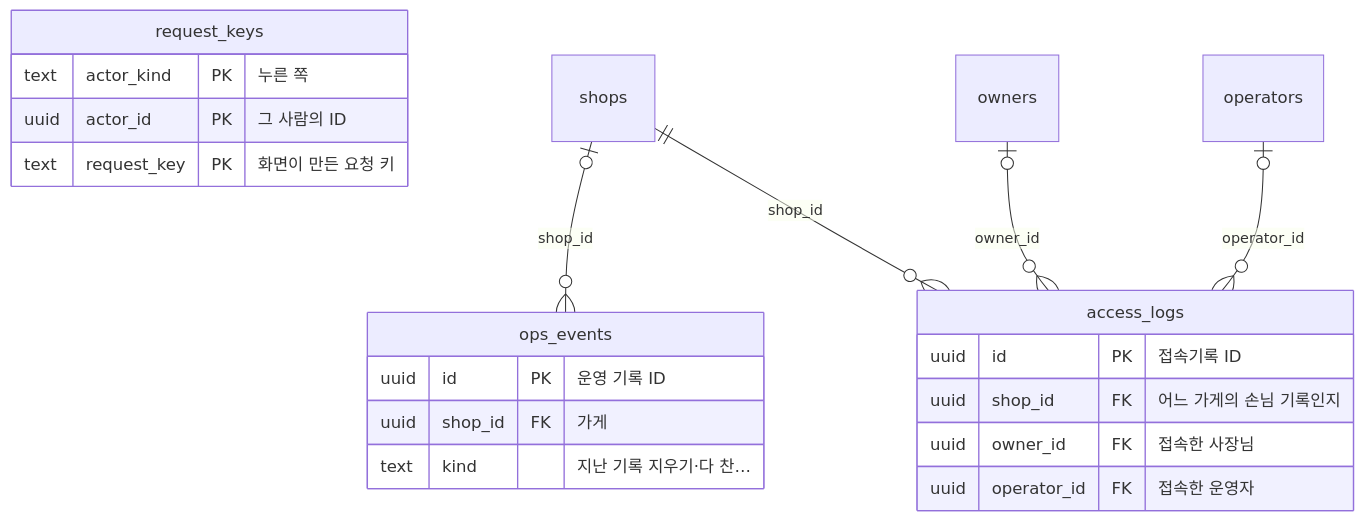
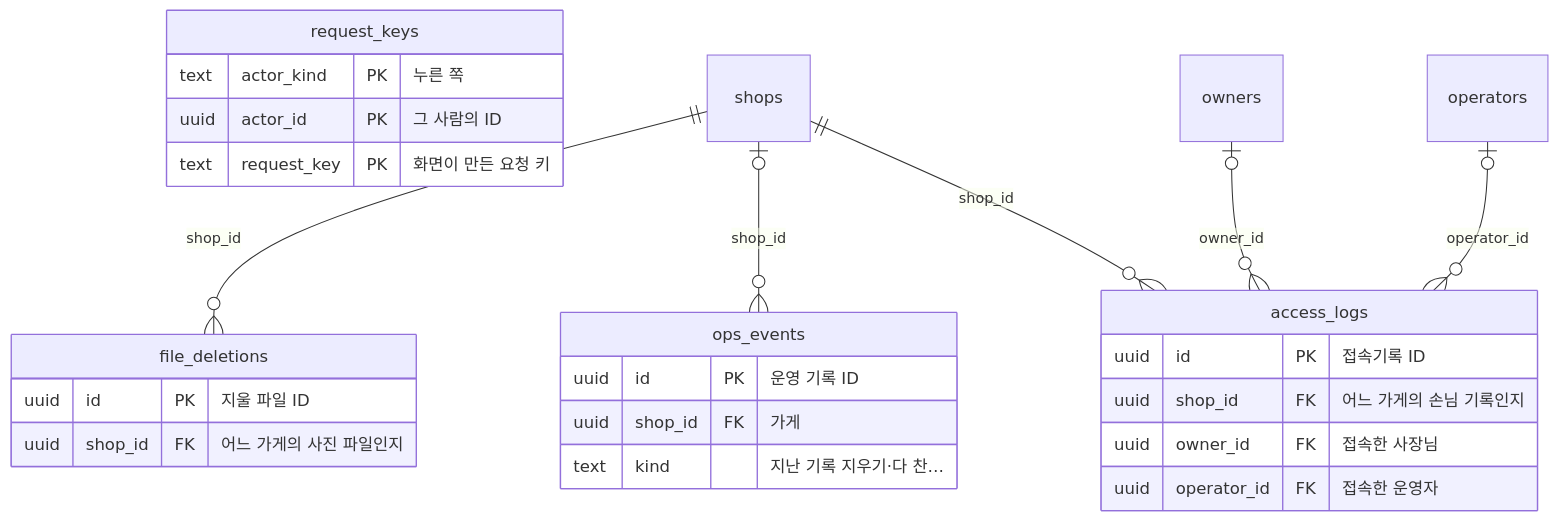
Before and after one commit to kodonghui/siljang.ai: diagram 11 of 11 in docs/05-erd/README.md, drawn with Mermaid. The commit also changed other lines of this file and 28 other files, not shown here.

````diff
--- a/docs/05-erd/README.md
+++ b/docs/05-erd/README.md
@@ -636,23 +639,28 @@
 ```mermaid
 erDiagram
   request_keys {
     text actor_kind PK "누른 쪽"
     uuid actor_id PK "그 사람의 ID"
     text request_key PK "화면이 만든 요청 키"
   }
   ops_events {
     uuid id PK "운영 기록 ID"
     uuid shop_id FK "가게"
     text kind "지난 기록 지우기·다 찬…"
   }
   access_logs {
     uuid id PK "접속기록 ID"
     uuid shop_id FK "어느 가게의 손님 기록인지"
     uuid owner_id FK "접속한 사장님"
     uuid operator_id FK "접속한 운영자"
   }
+  file_deletions {
+    uuid id PK "지울 파일 ID"
+    uuid shop_id FK "어느 가게의 사진 파일인지"
+  }
   shops |o--o{ ops_events : "shop_id"
   shops ||--o{ access_logs : "shop_id"
   owners |o--o{ access_logs : "owner_id"
   operators |o--o{ access_logs : "operator_id"
+  shops ||--o{ file_deletions : "shop_id"
 ```
````
